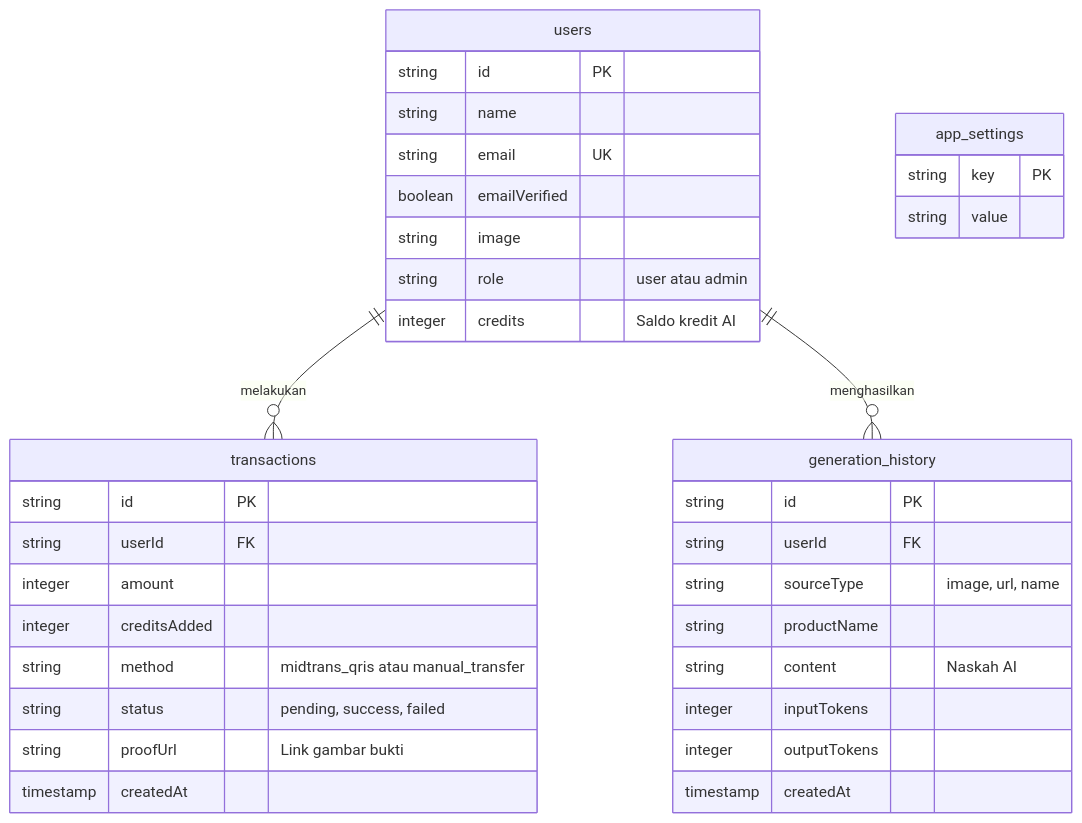
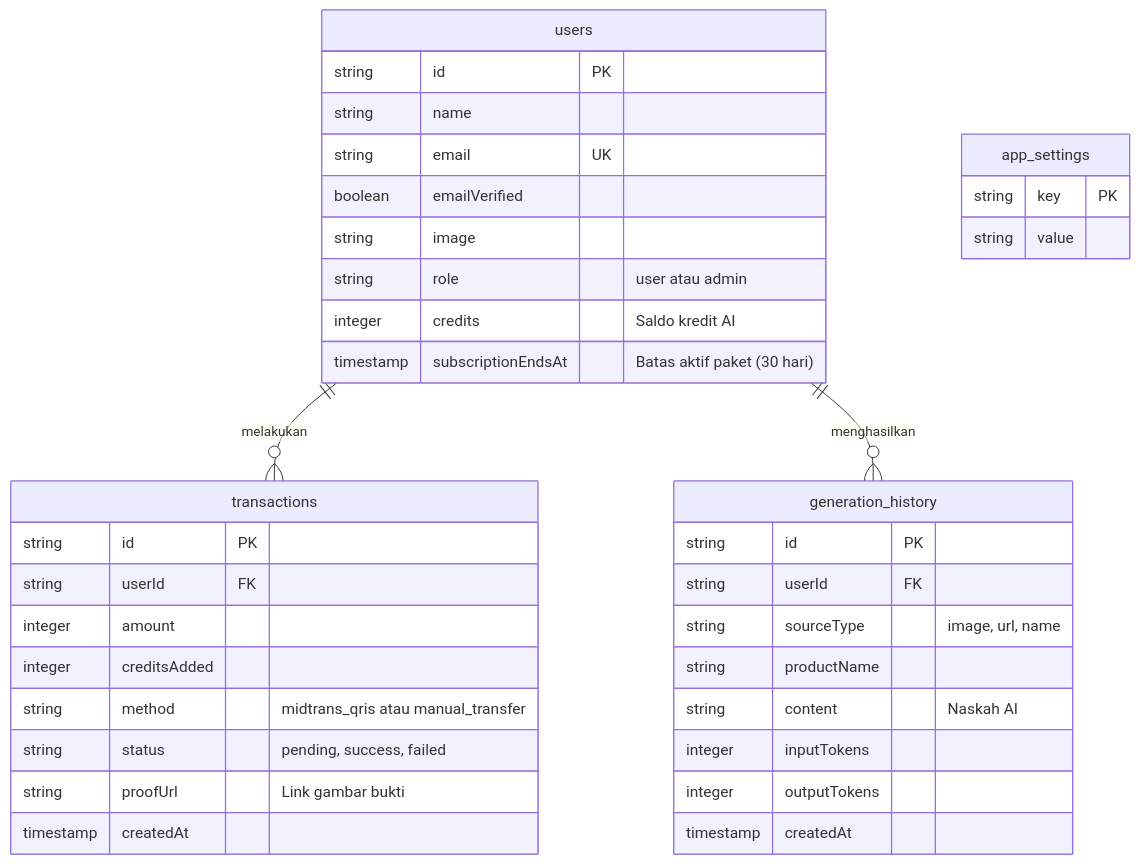
Before and after one commit to Muhira007/VO-Script-Generator: the first of 2 diagrams in PRD.md, drawn with Mermaid. The commit also changed 17 other files, not shown here.

````diff
--- a/PRD.md
+++ b/PRD.md
@@ -41,42 +41,43 @@
 ```mermaid
 erDiagram
     users {
         string id PK
         string name
         string email UK
         boolean emailVerified
         string image
         string role "user atau admin"
         integer credits "Saldo kredit AI"
+        timestamp subscriptionEndsAt "Batas aktif paket (30 hari)"
     }
 
     transactions {
         string id PK
         string userId FK
         integer amount
         integer creditsAdded
         string method "midtrans_qris atau manual_transfer"
         string status "pending, success, failed"
         string proofUrl "Link gambar bukti"
         timestamp createdAt
     }
 
     generation_history {
         string id PK
         string userId FK
         string sourceType "image, url, name"
         string productName
         string content "Naskah AI"
         integer inputTokens
         integer outputTokens
         timestamp createdAt
     }
 
     app_settings {
         string key PK
         string value
     }
 
     users ||--o{ transactions : "melakukan"
     users ||--o{ generation_history : "menghasilkan"
 ```
````
